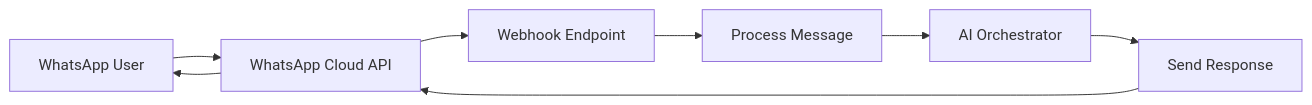
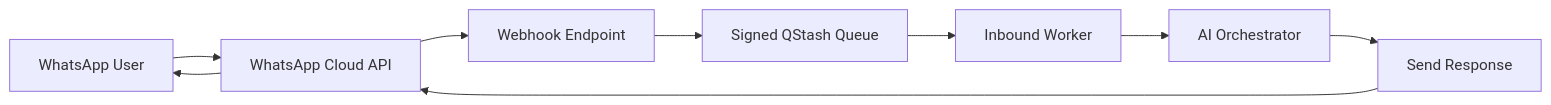
The first of 7 diagrams in docs/whatsapp-webhook.md (KovD3v/anthon-2.0), drawn with Mermaid before and after one commit. The commit also changed other lines of this file and 48 other files, not shown here.

````diff
--- a/docs/whatsapp-webhook.md
+++ b/docs/whatsapp-webhook.md
@@ -9,10 +9,11 @@
 ```mermaid
 flowchart LR
     A[WhatsApp User] --> B[WhatsApp Cloud API]
     B --> C[Webhook Endpoint]
-    C --> D[Process Message]
-    D --> E[AI Orchestrator]
-    E --> F[Send Response]
-    F --> B
+    C --> D[Signed QStash Queue]
+    D --> E[Inbound Worker]
+    E --> F[AI Orchestrator]
+    F --> G[Send Response]
+    G --> B
     B --> A
 ```
````
